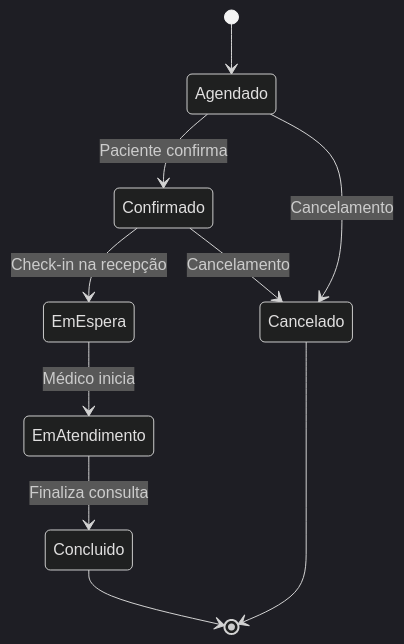
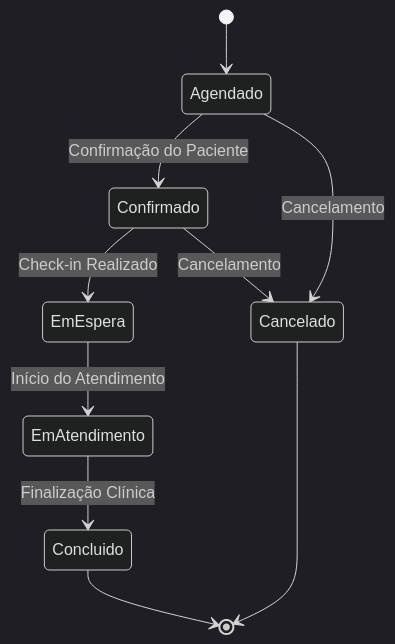
Before and after one commit to AlexandreCalmonJr/agendafacil-api: the second of 2 diagrams in README.md, drawn with Mermaid (dark theme). The commit also changed other lines of this file, not shown here.

````diff
--- a/README.md
+++ b/README.md
@@ -211,12 +209,12 @@
 ```mermaid
 stateDiagram-v2
     [*] --> Agendado
-    Agendado --> Confirmado : Paciente confirma
+    Agendado --> Confirmado : Confirmação do Paciente
     Agendado --> Cancelado : Cancelamento
-    Confirmado --> EmEspera : Check-in na recepção
+    Confirmado --> EmEspera : Check-in Realizado
     Confirmado --> Cancelado : Cancelamento
-    EmEspera --> EmAtendimento : Médico inicia
-    EmAtendimento --> Concluido : Finaliza consulta
+    EmEspera --> EmAtendimento : Início do Atendimento
+    EmAtendimento --> Concluido : Finalização Clínica
     Concluido --> [*]
     Cancelado --> [*]
 ```
````
